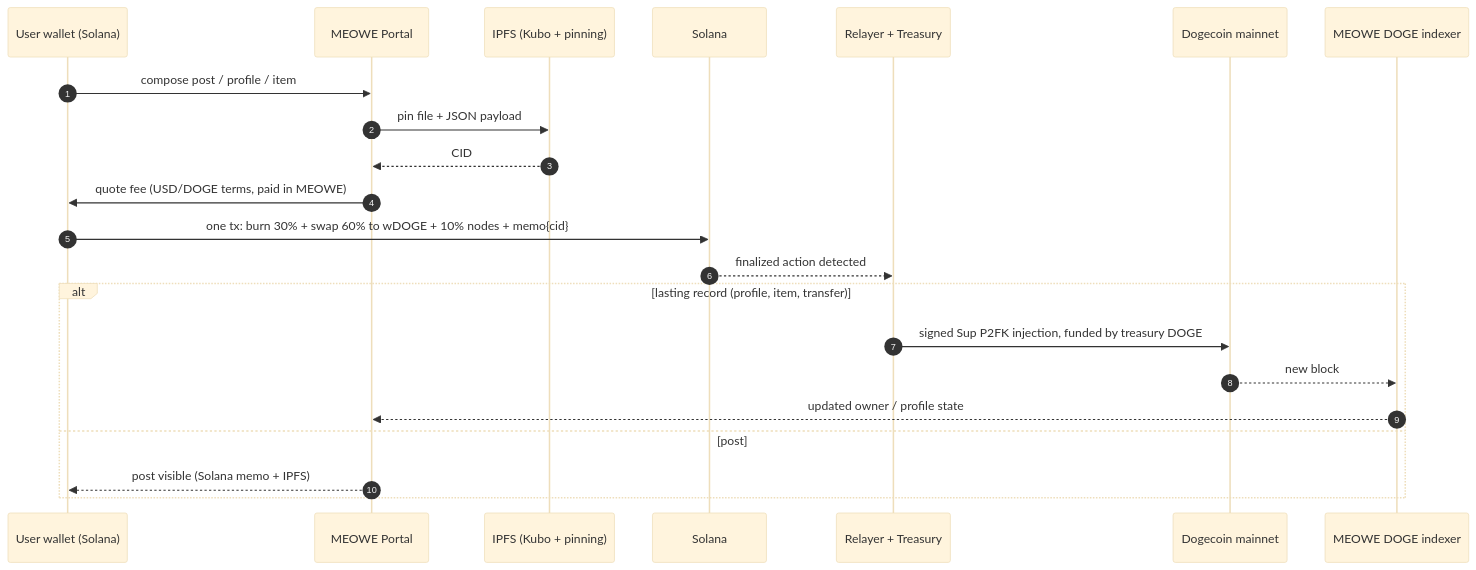
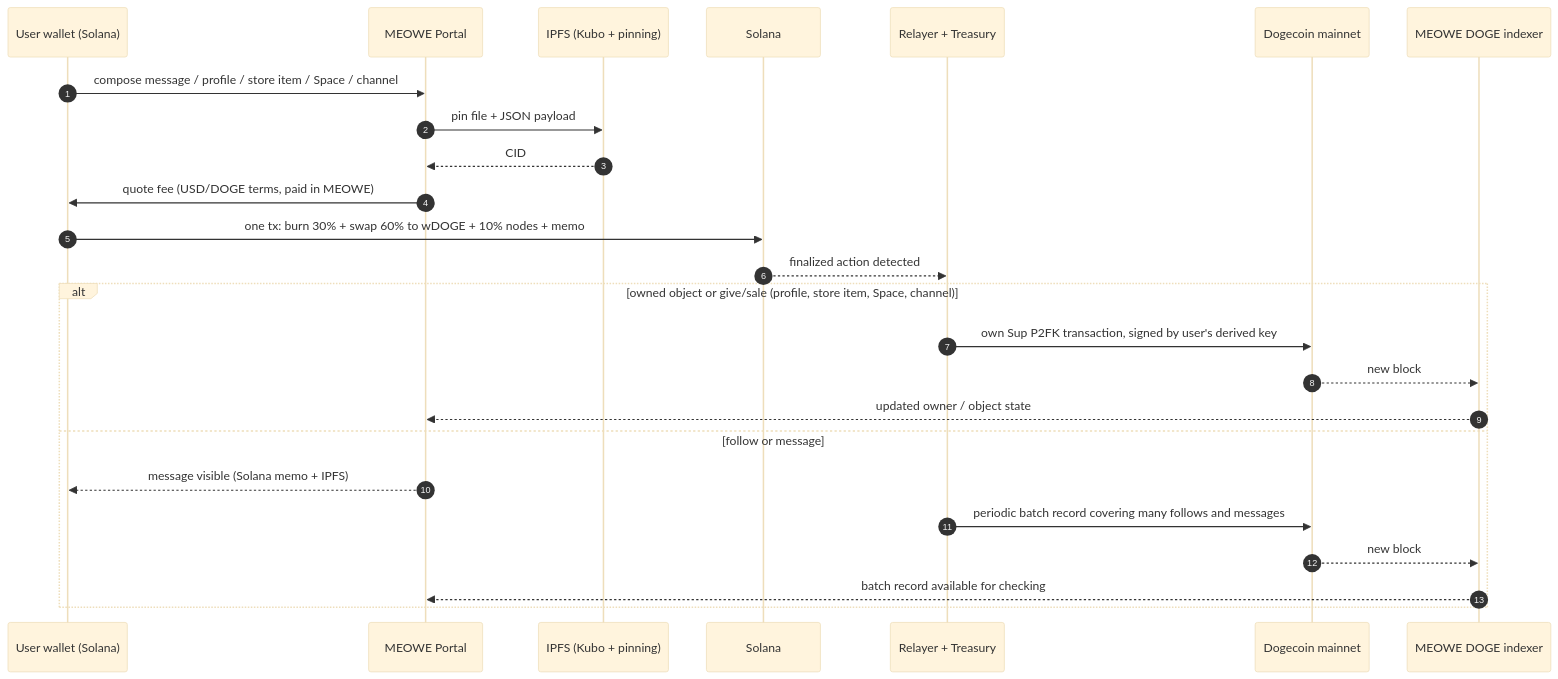
The diagram in whitepaper/technical-overview.md (NeptuneMonk/meowecoin), drawn with Mermaid (base theme) before and after one commit. The commit also changed other lines of this file and 5 other files, not shown here.

````diff
--- a/whitepaper/technical-overview.md
+++ b/whitepaper/technical-overview.md
@@ -36,24 +36,27 @@
 ```mermaid
 sequenceDiagram
     autonumber
     participant U as User wallet (Solana)
     participant P as MEOWE Portal
     participant I as IPFS (Kubo + pinning)
     participant S as Solana
     participant R as Relayer + Treasury
     participant D as Dogecoin mainnet
     participant X as MEOWE DOGE indexer
-    U->>P: compose post / profile / item
+    U->>P: compose message / profile / store item / Space / channel
     P->>I: pin file + JSON payload
     I-->>P: CID
     P->>U: quote fee (USD/DOGE terms, paid in MEOWE)
-    U->>S: one tx: burn 30% + swap 60% to wDOGE + 10% nodes + memo{cid}
+    U->>S: one tx: burn 30% + swap 60% to wDOGE + 10% nodes + memo
     S-->>R: finalized action detected
-    alt lasting record (profile, item, transfer)
-        R->>D: signed Sup P2FK injection, funded by treasury DOGE
+    alt owned object or give/sale (profile, store item, Space, channel)
+        R->>D: own Sup P2FK transaction, signed by user's derived key
         D-->>X: new block
-        X-->>P: updated owner / profile state
-    else post
-        P-->>U: post visible (Solana memo + IPFS)
+        X-->>P: updated owner / object state
+    else follow or message
+        P-->>U: message visible (Solana memo + IPFS)
+        R->>D: periodic batch record covering many follows and messages
+        D-->>X: new block
+        X-->>P: batch record available for checking
     end
 ```
````
